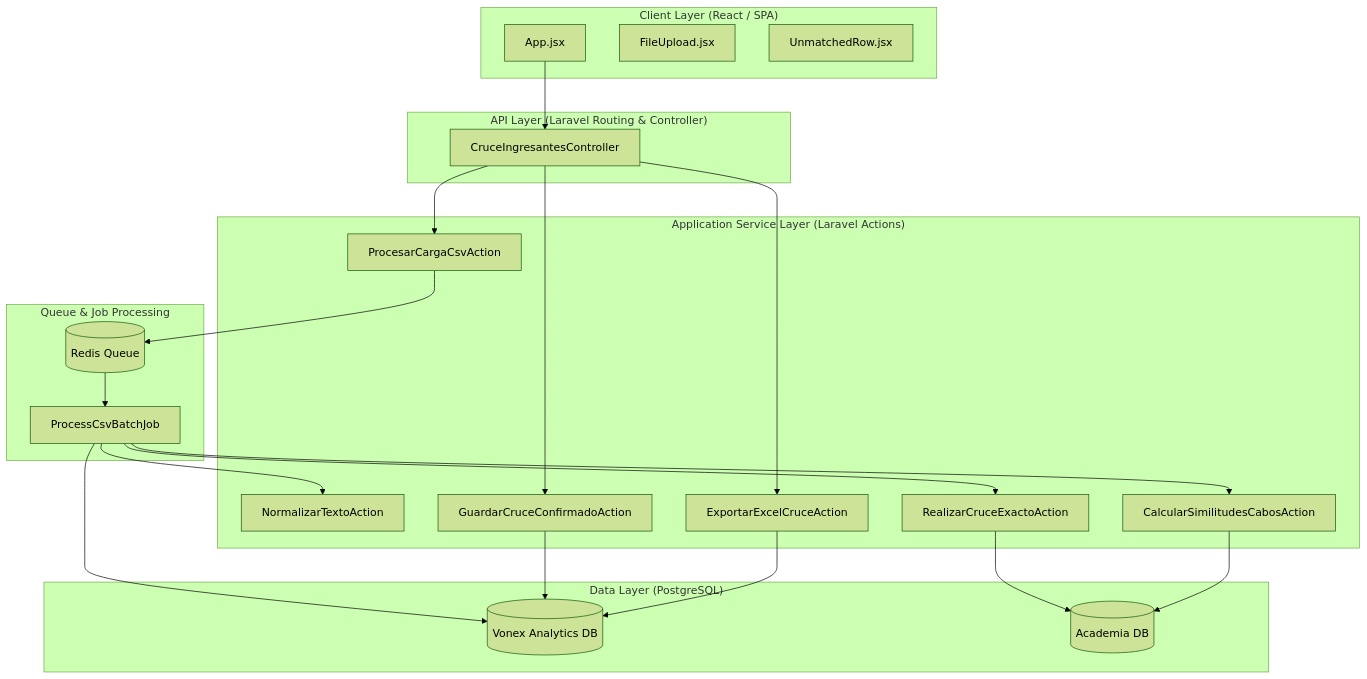
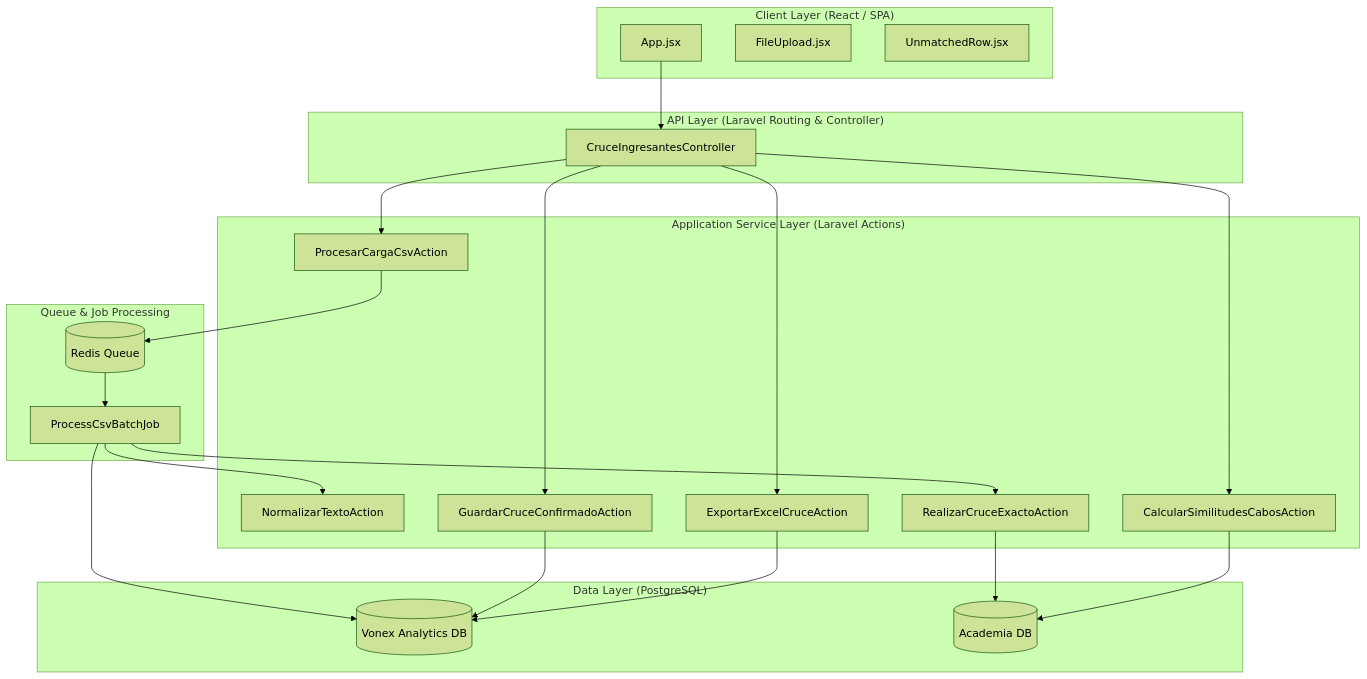
Before and after one commit to renzo971/proyectovonex: the diagram in .specify/specs/001-motor-cruce-ingresantes/plan.md, drawn with Mermaid (forest theme). The commit also changed other lines of this file, not shown here.

Commit message:
docs(spec): correct match engine flow and sign off plan for motor-cruce-ingresantes

````diff
--- a/.specify/specs/001-motor-cruce-ingresantes/plan.md
+++ b/.specify/specs/001-motor-cruce-ingresantes/plan.md
@@ -14,50 +14,50 @@
 ```mermaid
 graph TB
     subgraph "Client Layer (React / SPA)"
         UI[App.jsx]
         Upload[FileUpload.jsx]
         Unmatched[UnmatchedRow.jsx]
     end
     
     subgraph "API Layer (Laravel Routing & Controller)"
         CTRL[CruceIngresantesController]
     end
     
     subgraph "Application Service Layer (Laravel Actions)"
         ACT_NORM[NormalizarTextoAction]
         ACT_CSV[ProcesarCargaCsvAction]
         ACT_EXACT[RealizarCruceExactoAction]
         ACT_FUZZY[CalcularSimilitudesCabosAction]
         ACT_CONFIRM[GuardarCruceConfirmadoAction]
         ACT_EXCEL[ExportarExcelCruceAction]
     end
 
     subgraph "Queue & Job Processing"
         Redis[(Redis Queue)]
         Job[ProcessCsvBatchJob]
     end
     
     subgraph "Data Layer (PostgreSQL)"
         DB_VONEX[(Vonex Analytics DB)]
         DB_ACADEMIA[(Academia DB)]
     end
     
     UI --> CTRL
     CTRL --> ACT_CSV
     ACT_CSV --> Redis
     Redis --> Job
     
     Job --> ACT_NORM
     Job --> ACT_EXACT
-    Job --> ACT_FUZZY
     
+    CTRL --> ACT_FUZZY
     CTRL --> ACT_CONFIRM
     CTRL --> ACT_EXCEL
     
     ACT_EXACT --> DB_ACADEMIA
     ACT_FUZZY --> DB_ACADEMIA
     
     Job --> DB_VONEX
     ACT_CONFIRM --> DB_VONEX
     ACT_EXCEL --> DB_VONEX
 ```
````
